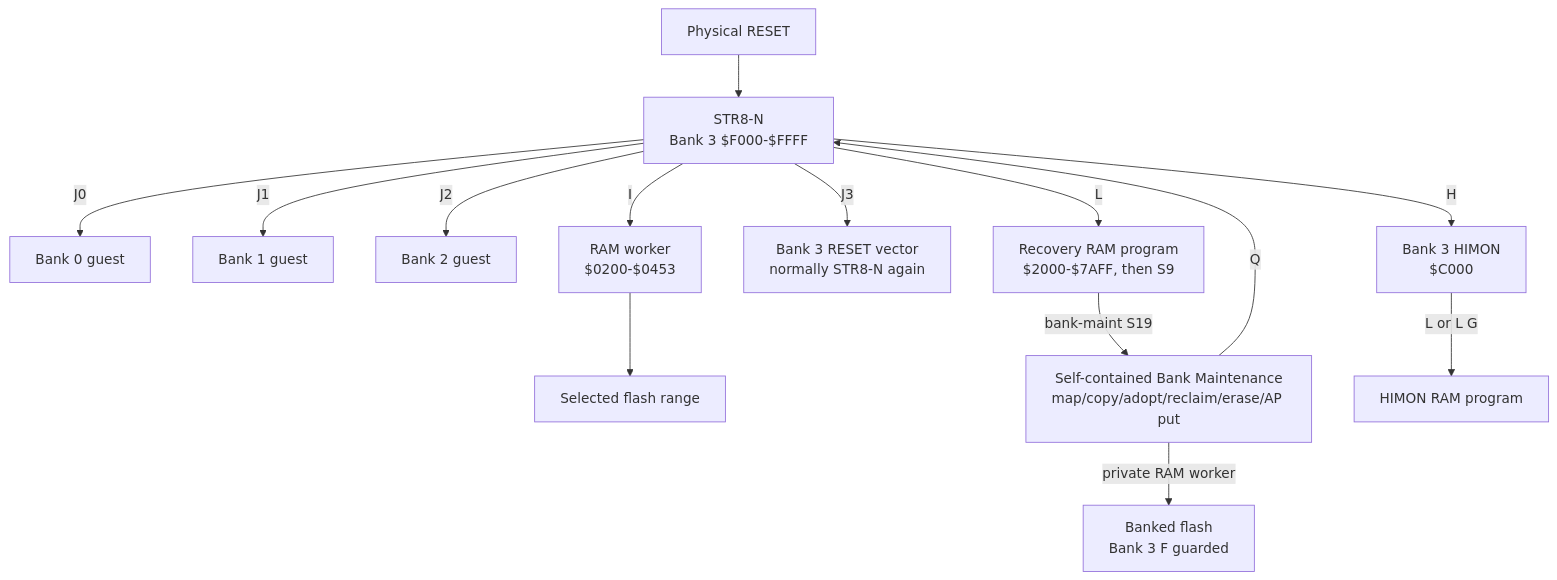
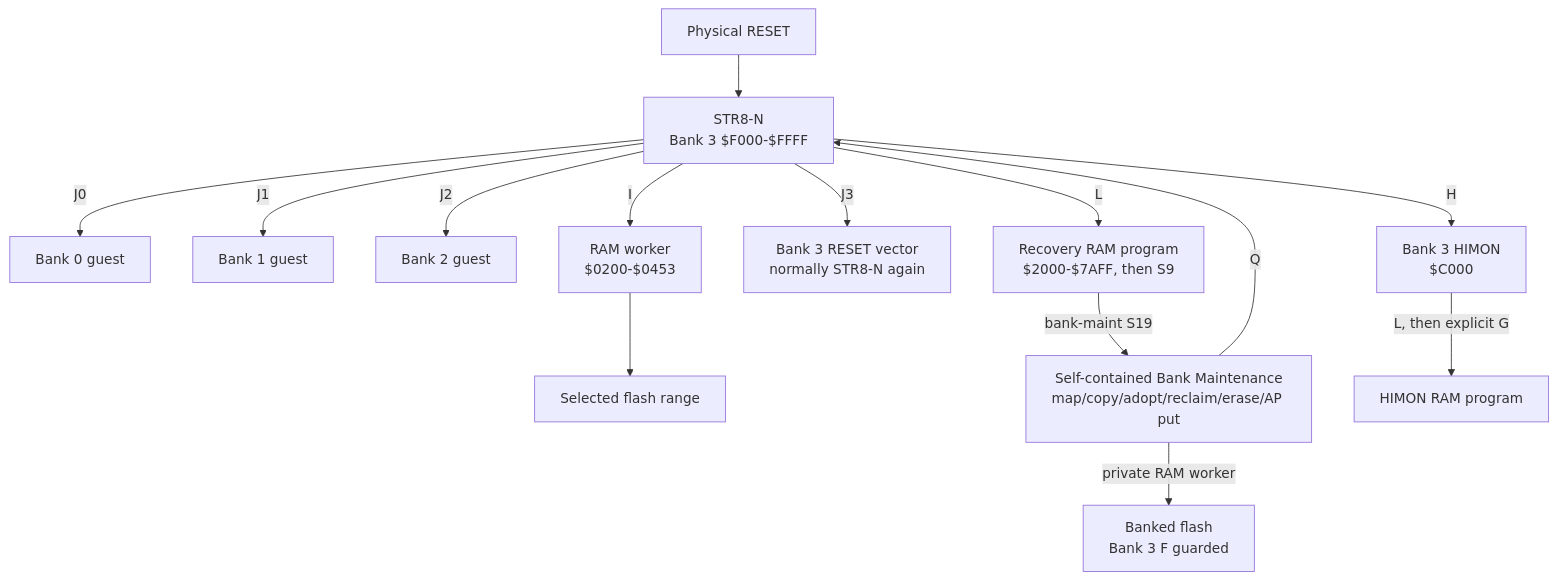
One commit to 95westus/STR8-N changed the first of 12 diagrams in docs/MAPS.md. Above: the diagram before and after it, drawn with Mermaid. The commit also changed other lines of this file and 5 other files, not shown here.

````diff
--- a/docs/MAPS.md
+++ b/docs/MAPS.md
@@ -7,16 +7,16 @@
 ```mermaid
 flowchart TB
     RESET[Physical RESET] --> S[STR8-N<br/>Bank 3 $F000-$FFFF]
     S -->|J0| B0[Bank 0 guest]
     S -->|J1| B1[Bank 1 guest]
     S -->|J2| B2[Bank 2 guest]
     S -->|H| B3[Bank 3 HIMON<br/>$C000]
     S -->|J3| R3[Bank 3 RESET vector<br/>normally STR8-N again]
     S -->|I| W[RAM worker<br/>$0200-$0453]
     W --> FLASH[Selected flash range]
     S -->|L| RAM[Recovery RAM program<br/>$2000-$7AFF, then S9]
     RAM -->|bank-maint S19| BM[Self-contained Bank Maintenance<br/>map/copy/adopt/reclaim/erase/AP put]
     BM -->|private RAM worker| FLASH2[Banked flash<br/>Bank 3 F guarded]
     BM -->|Q| S
-    B3 -->|L or L G| RAM2[HIMON RAM program]
+    B3 -->|L, then explicit G| RAM2[HIMON RAM program]
 ```
````
